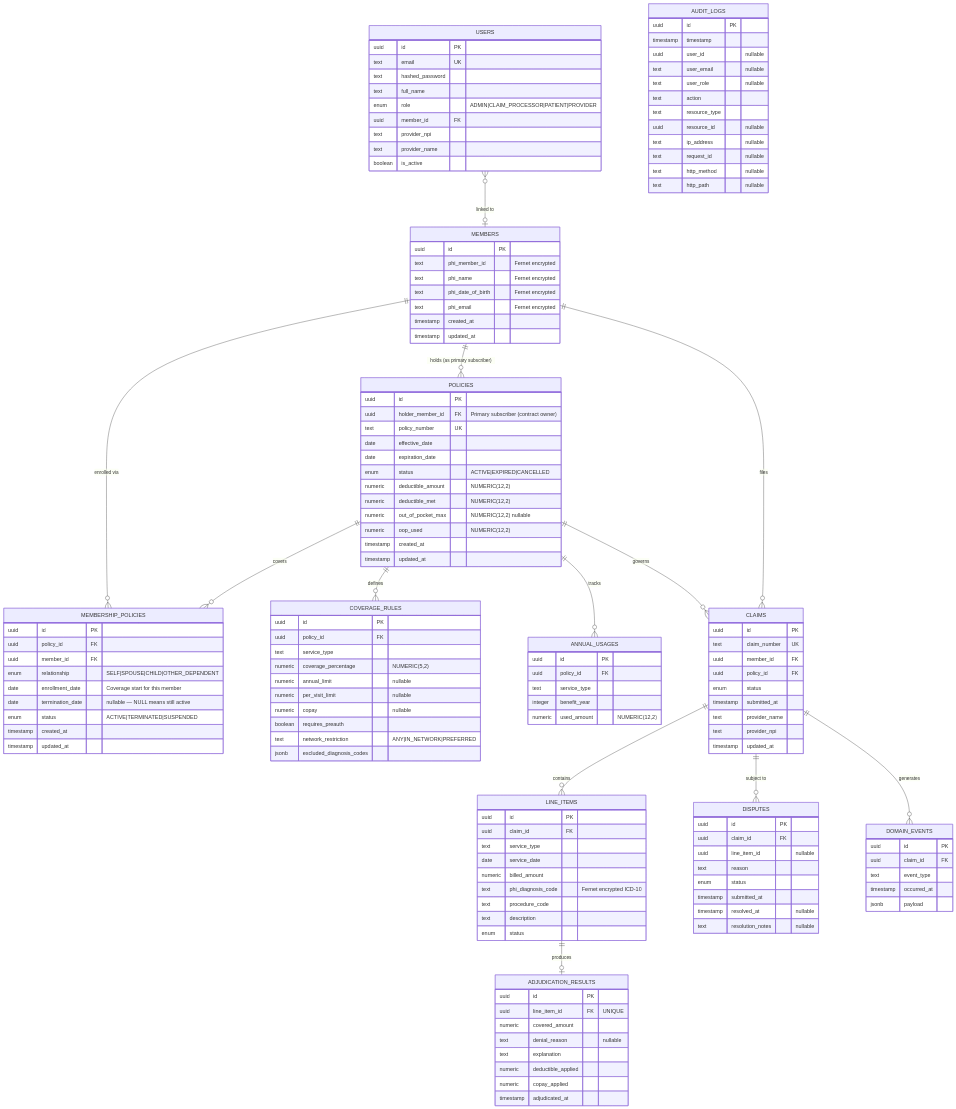
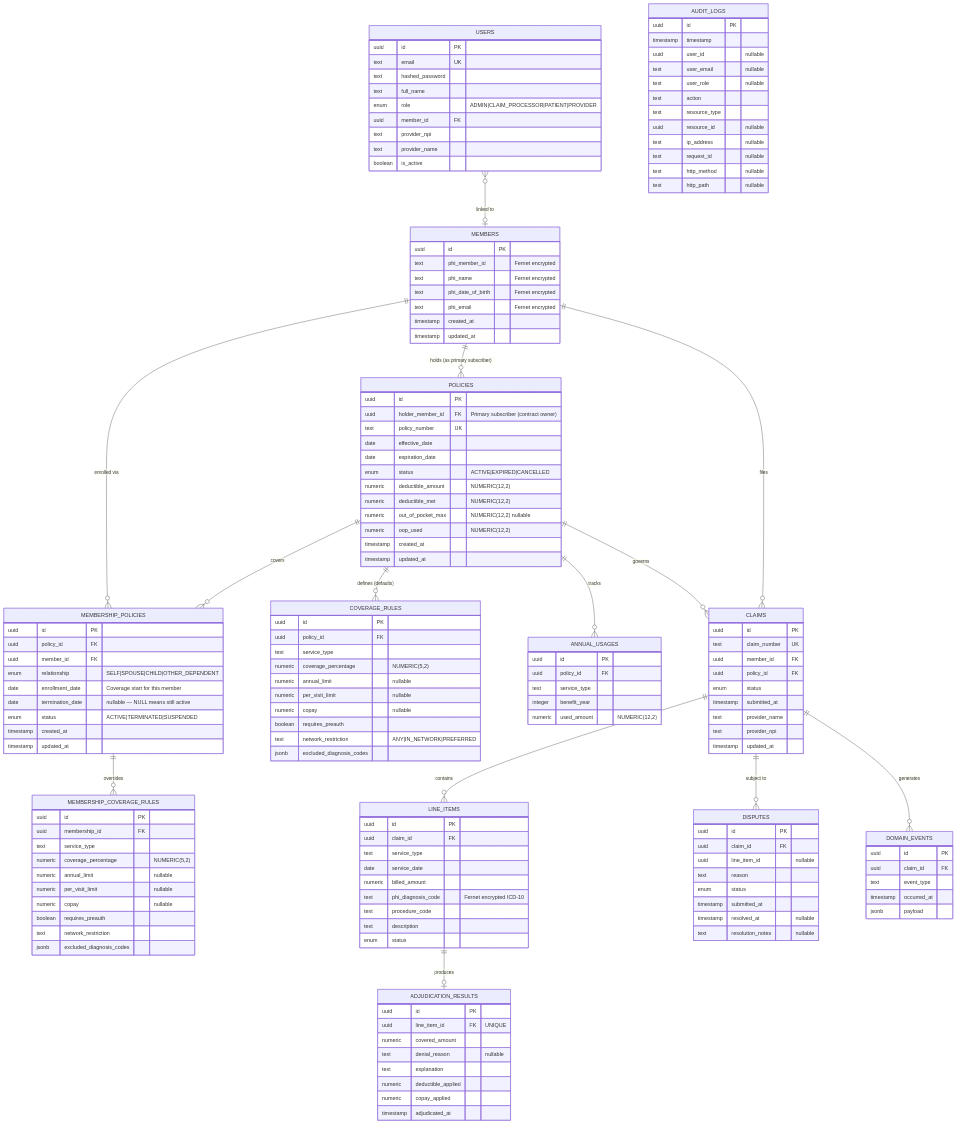
The first of 2 diagrams in README.md (sumitmallick/BenefitLens), drawn with Mermaid before and after one commit. The commit also changed other lines of this file and 12 other files, not shown here.

```diff
--- a/README.md
+++ b/README.md
@@ -174,6 +174,19 @@
         enum status "ACTIVE|TERMINATED|SUSPENDED"
         timestamp created_at
         timestamp updated_at
+    }
+
+    MEMBERSHIP_COVERAGE_RULES {
+        uuid id PK
+        uuid membership_id FK
+        text service_type
+        numeric coverage_percentage "NUMERIC(5,2)"
+        numeric annual_limit "nullable"
+        numeric per_visit_limit "nullable"
+        numeric copay "nullable"
+        boolean requires_preauth
+        text network_restriction
+        jsonb excluded_diagnosis_codes
     }
 
     COVERAGE_RULES {
@@ -271,7 +284,8 @@
     MEMBERS ||--o{ CLAIMS : "files"
     USERS }o--o| MEMBERS : "linked to"
     POLICIES ||--o{ MEMBERSHIP_POLICIES : "covers"
-    POLICIES ||--o{ COVERAGE_RULES : "defines"
+    MEMBERSHIP_POLICIES ||--o{ MEMBERSHIP_COVERAGE_RULES : "overrides"
+    POLICIES ||--o{ COVERAGE_RULES : "defines (defaults)"
     POLICIES ||--o{ ANNUAL_USAGES : "tracks"
     POLICIES ||--o{ CLAIMS : "governs"
     CLAIMS ||--o{ LINE_ITEMS : "contains"
```
